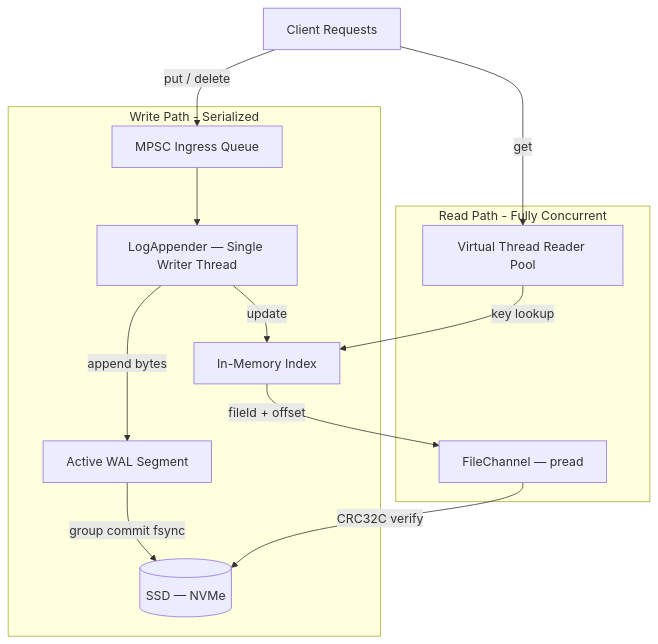
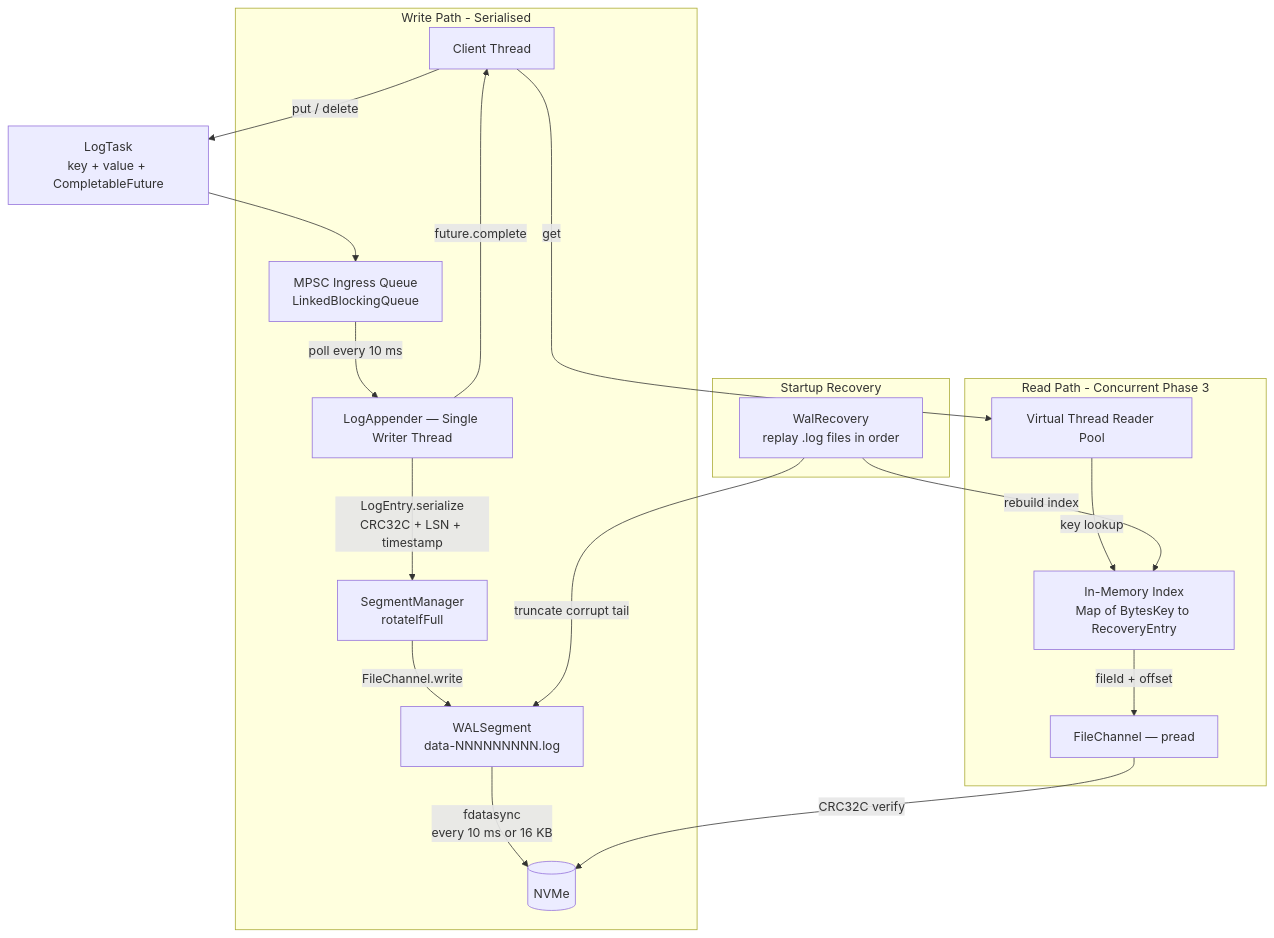
Before and after one commit to DominiK037/laminar-db: the first of 2 diagrams in README.md, drawn with Mermaid. The commit also changed other lines of this file and 1 other file, not shown here.

First line of the commit message:
docs(readme): overhaul README and add WAL engine design document

````diff
--- a/README.md
+++ b/README.md
@@ -47,18 +31,25 @@
 ```mermaid
 graph TD
-    Client[Client Requests] -->|put / delete| Queue[MPSC Ingress Queue]
+    Client[Client Thread] -->|put / delete| Task["LogTask<br/>key + value + CompletableFuture"]
     Client -->|get| ReaderPool[Virtual Thread Reader Pool]
+    Task --> Queue["MPSC Ingress Queue<br/>LinkedBlockingQueue"]
 
-    subgraph Write Path - Serialized
-        Queue --> Appender[LogAppender — Single Writer Thread]
-        Appender -->|append bytes| Segment[Active WAL Segment]
-        Appender -->|update| Index[In-Memory Index]
-        Segment -->|group commit fsync| Disk[(SSD — NVMe)]
+    subgraph Write Path - Serialised
+        Queue -->|poll every 10 ms| Appender["LogAppender — Single Writer Thread"]
+        Appender -->|"LogEntry.serialize<br/>CRC32C + LSN + timestamp"| SM["SegmentManager<br/>rotateIfFull"]
+        SM -->|FileChannel.write| Seg["WALSegment<br/>data-NNNNNNNNN.log"]
+        Seg -->|"fdatasync<br/>every 10 ms or 16 KB"| Disk[(NVMe)]
+        Appender -->|future.complete| Client
     end
 
-    subgraph Read Path - Fully Concurrent
-        ReaderPool -->|key lookup| Index
-        Index -->|fileId + offset| FileChannel[FileChannel — pread]
-        FileChannel -->|CRC32C verify| Disk
+    subgraph Read Path - Concurrent Phase 3
+        ReaderPool -->|key lookup| Index["In-Memory Index<br/>Map of BytesKey to RecoveryEntry"]
+        Index -->|fileId + offset| FC["FileChannel — pread"]
+        FC -->|CRC32C verify| Disk
+    end
+
+    subgraph Startup Recovery
+        WalRecovery["WalRecovery<br/>replay .log files in order"] -->|rebuild index| Index
+        WalRecovery -->|truncate corrupt tail| Seg
     end
 ```
````
